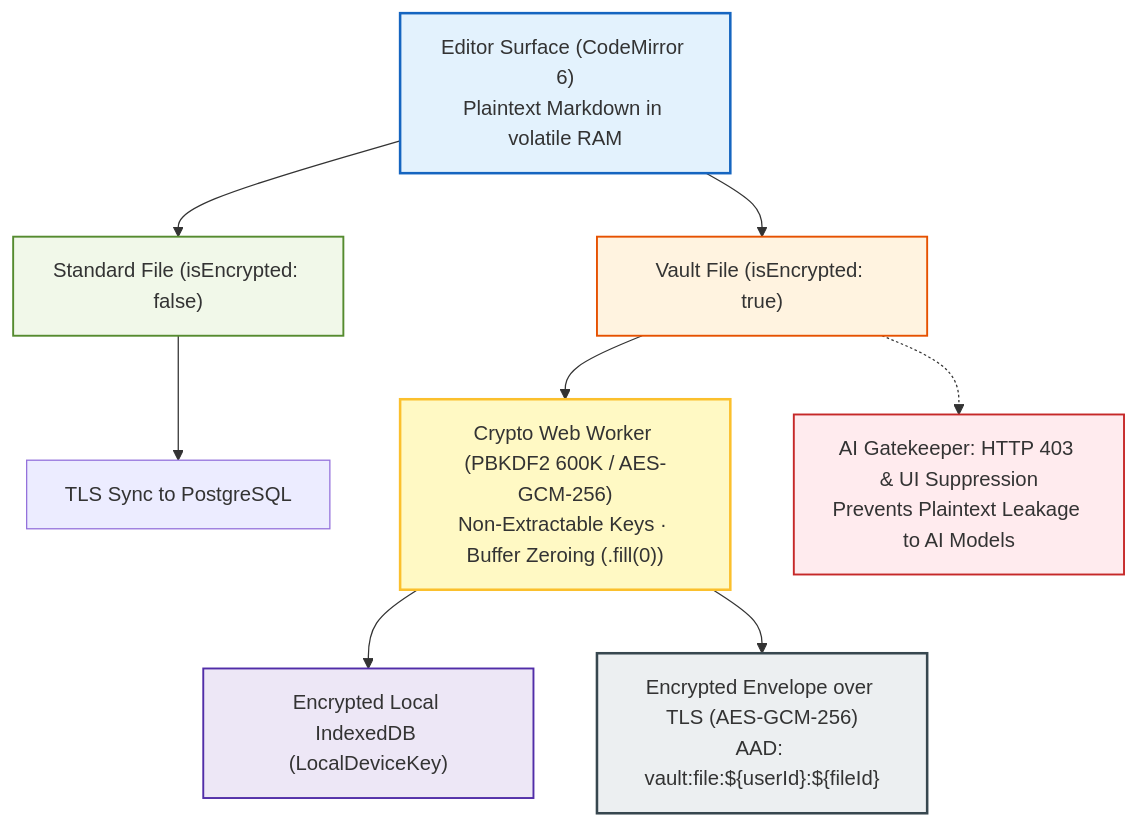
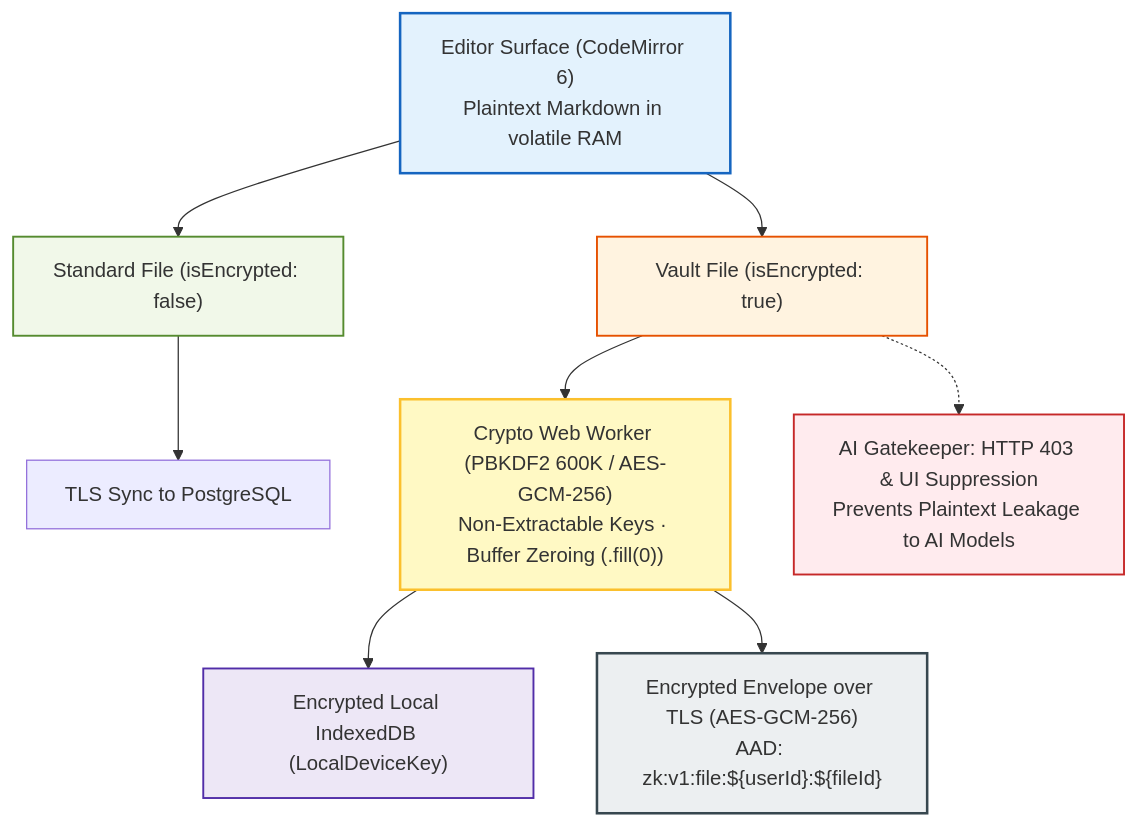
Before and after one commit to Abdullah931-stack/ELIXENT: the third of 10 diagrams in README.md, drawn with Mermaid. The commit also changed other lines of this file and 26 other files, not shown here.

````diff
--- a/README.md
+++ b/README.md
@@ -473,26 +473,26 @@
 ```mermaid
 flowchart TD
     Editor["Editor Surface (CodeMirror 6)<br/>Plaintext Markdown in volatile RAM"]
 
     Standard["Standard File (isEncrypted: false)"]
     Vault["Vault File (isEncrypted: true)"]
 
     Editor --> Standard
     Editor --> Vault
 
     Standard --> SyncPlain["TLS Sync to PostgreSQL"]
     Vault --> Worker["Crypto Web Worker (PBKDF2 600K / AES-GCM-256)<br/>Non-Extractable Keys · Buffer Zeroing (.fill(0))"]
 
     Worker --> IDBLocal["Encrypted Local IndexedDB (LocalDeviceKey)"]
-    Worker --> CloudCipher["Encrypted Envelope over TLS (AES-GCM-256)<br/>AAD: vault:file:${userId}:${fileId}"]
+    Worker --> CloudCipher["Encrypted Envelope over TLS (AES-GCM-256)<br/>AAD: zk:v1:file:${userId}:${fileId}"]
 
     Vault -.-> AIGate["AI Gatekeeper: HTTP 403 & UI Suppression<br/>Prevents Plaintext Leakage to AI Models"]
 
     style Editor fill:#E3F2FD,stroke:#1565C0,stroke-width:2px
     style Standard fill:#F1F8E9,stroke:#558B2F,stroke-width:1.5px
     style Vault fill:#FFF3E0,stroke:#E65100,stroke-width:1.5px
     style Worker fill:#FFF9C4,stroke:#FBC02D,stroke-width:2px
     style IDBLocal fill:#EDE7F6,stroke:#512DA8,stroke-width:1.5px
     style CloudCipher fill:#ECEFF1,stroke:#37474F,stroke-width:2px
     style AIGate fill:#FFEBEE,stroke:#C62828,stroke-width:1.5px
 ```
````
